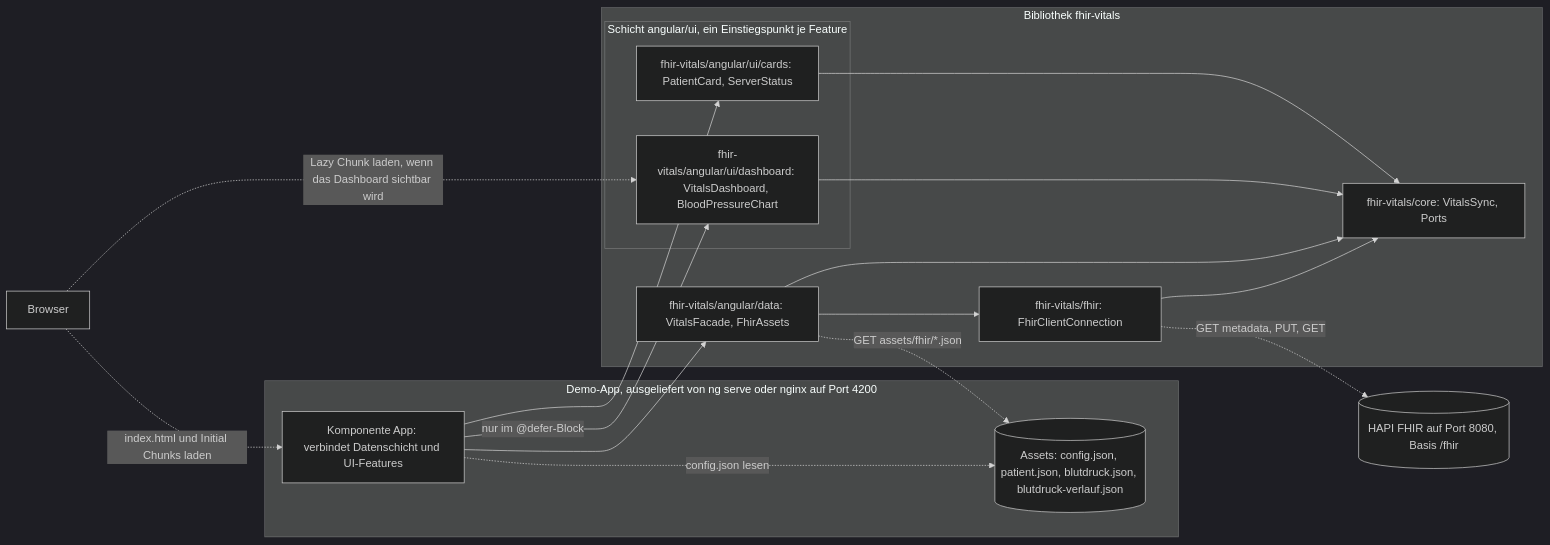
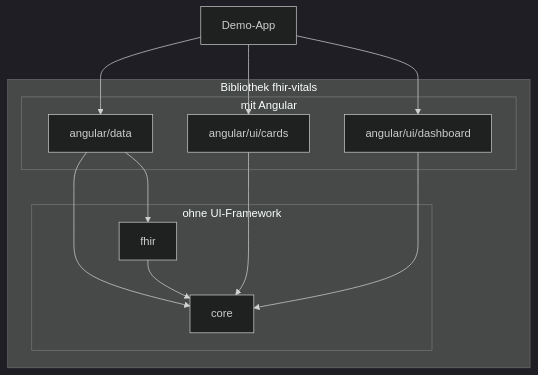
Before and after one commit to forschungsgruppe-digital-health/angular-fhir-vitals: the first of 2 diagrams in docs/architektur/05-bausteinsicht.md, drawn with Mermaid (dark theme). The commit also changed other lines of this file and 11 other files, not shown here.

First line of the commit message:
Shorten the arc42 views and show them as Mermaid diagrams

````diff
--- a/docs/architektur/05-bausteinsicht.md
+++ b/docs/architektur/05-bausteinsicht.md
@@ -383,31 +16,25 @@
 ```mermaid
-flowchart LR
-  Browser["Browser"]
-  subgraph App["Demo-App, ausgeliefert von ng serve oder nginx auf Port 4200"]
-    Page["Komponente App: verbindet Datenschicht und UI-Features"]
-    Assets[("Assets: config.json, patient.json, blutdruck.json, blutdruck-verlauf.json")]
+flowchart TD
+  accTitle: Einstiegspunkte von fhir-vitals und ihre Importe
+  accDescr: Die Demo-App importiert die Einstiegspunkte angular/data, angular/ui/cards und angular/ui/dashboard der Bibliothek fhir-vitals. Die beiden UI-Features importieren aus der Bibliothek nur core. angular/data importiert fhir und core. fhir importiert core. Nur fhir und core kommen ohne UI-Framework aus.
+  App["Demo-App"]
+  subgraph Library["Bibliothek fhir-vitals"]
+    subgraph WithAngular["mit Angular"]
+      Data["angular/data"]
+      Cards["angular/ui/cards"]
+      Dashboard["angular/ui/dashboard"]
+    end
+    subgraph FrameworkFree["ohne UI-Framework"]
+      Fhir["fhir"]
+      Core["core"]
+    end
   end
-  subgraph Lib["Bibliothek fhir-vitals"]
-    subgraph UI["Schicht angular/ui, ein Einstiegspunkt je Feature"]
-      CARDS["fhir-vitals/angular/ui/cards: PatientCard, ServerStatus"]
-      DASH["fhir-vitals/angular/ui/dashboard: VitalsDashboard, BloodPressureChart"]
-    end
-    NG["fhir-vitals/angular/data: VitalsFacade, FhirAssets"]
-    FHIR["fhir-vitals/fhir: FhirClientConnection"]
-    CORE["fhir-vitals/core: VitalsSync, Ports"]
-  end
-  HAPI[("HAPI FHIR auf Port 8080, Basis /fhir")]
-  Browser -. "index.html und Initial Chunks laden" .-> Page
-  Browser -. "Lazy Chunk laden, wenn das Dashboard sichtbar wird" .-> DASH
-  Page --> CARDS
-  Page -- "nur im @defer-Block" --> DASH
-  Page --> NG
-  CARDS --> CORE
-  DASH --> CORE
-  NG --> CORE
-  NG --> FHIR
-  FHIR --> CORE
-  Page -. "config.json lesen" .-> Assets
-  NG -. "GET assets/fhir/*.json" .-> Assets
-  FHIR -. "GET metadata, PUT, GET" .-> HAPI
+  App --> Data
+  App --> Cards
+  App --> Dashboard
+  Data --> Fhir
+  Data --> Core
+  Fhir --> Core
+  Cards --> Core
+  Dashboard --> Core
 ```
````
